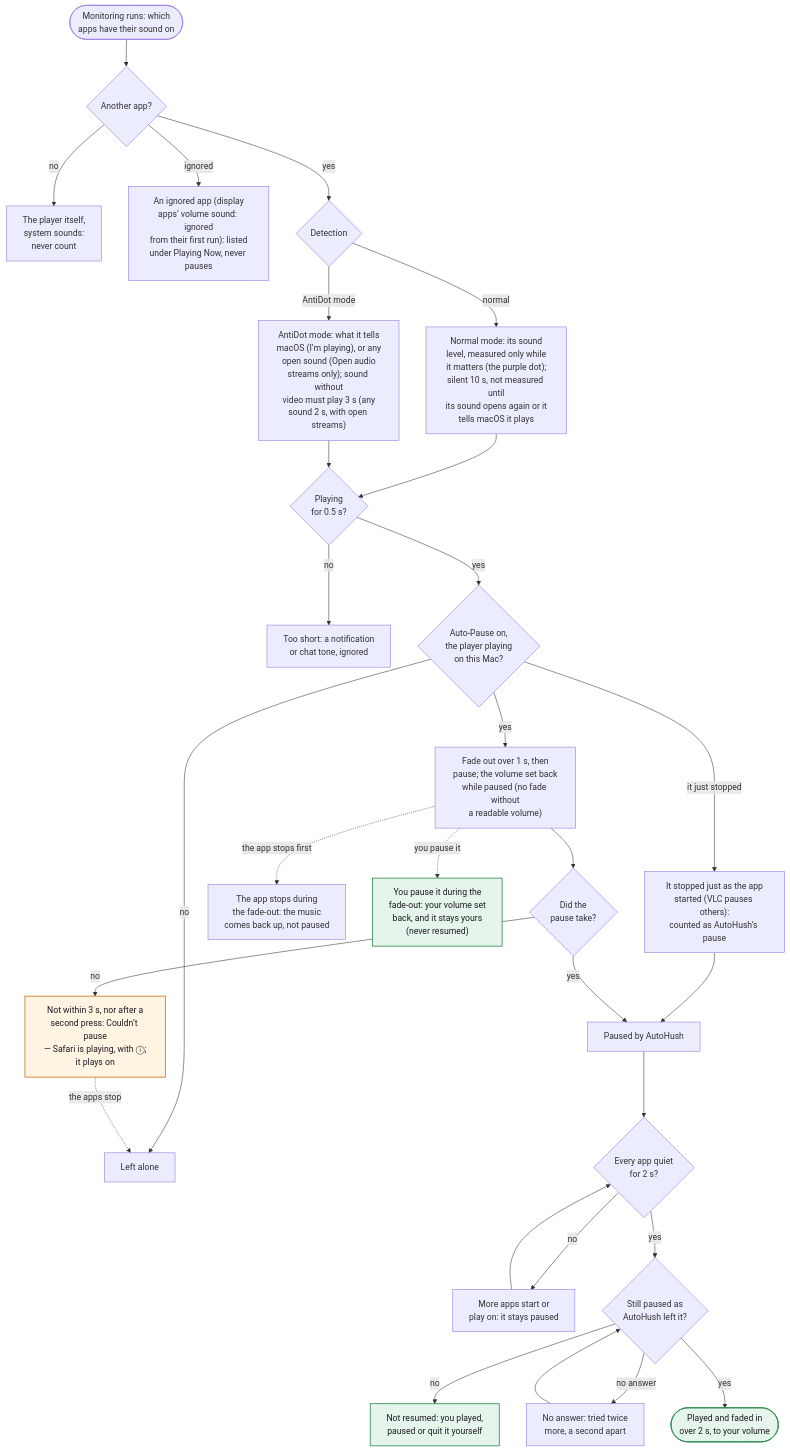
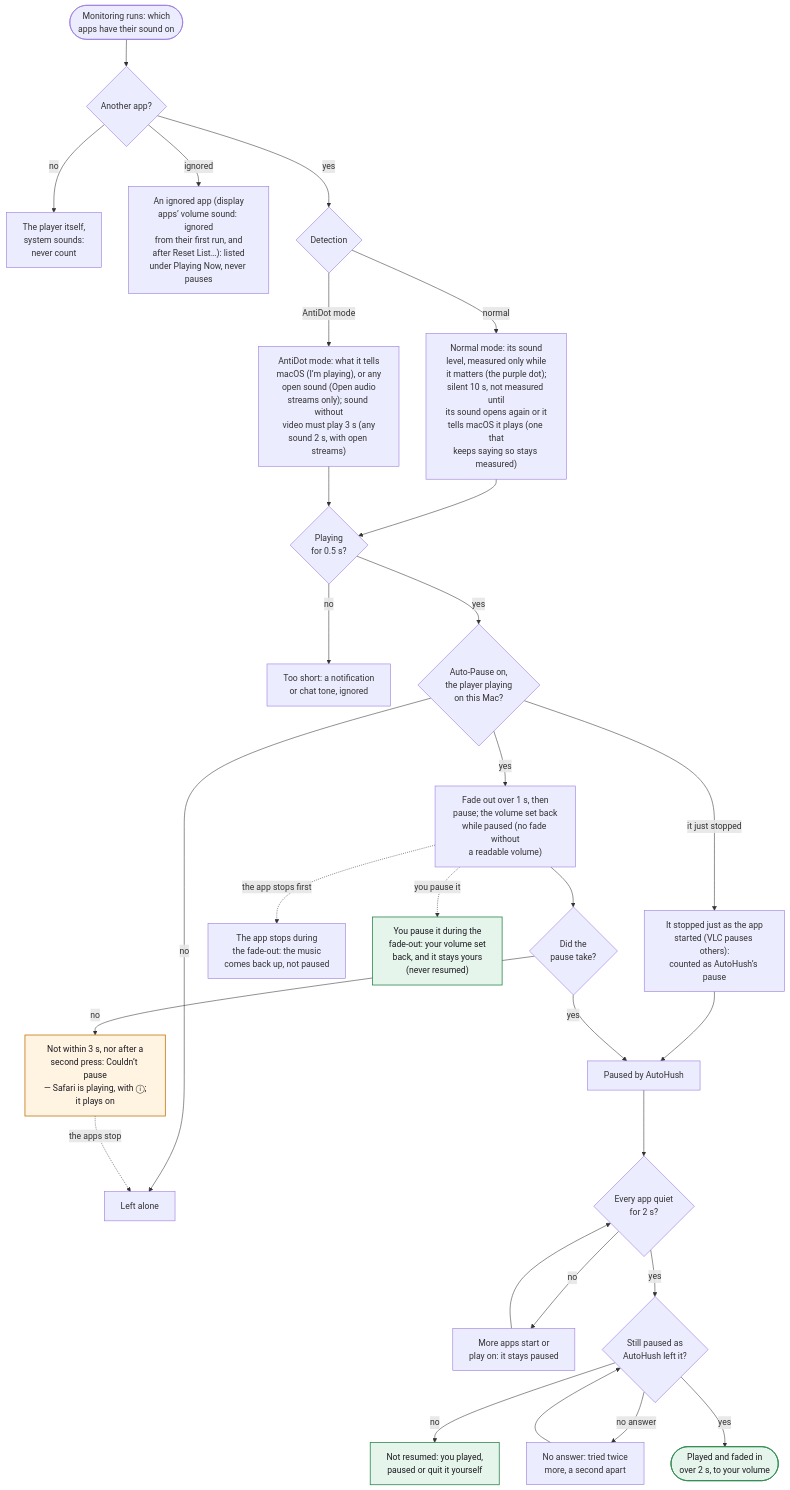
One commit to hfustercabre/AutoHush changed the third of 14 diagrams in WORKFLOWS.md. Above: the diagram before and after it, drawn with Mermaid. The commit also changed other lines of this file and 157 other files, not shown here.

````diff
--- a/WORKFLOWS.md
+++ b/WORKFLOWS.md
@@ -136,56 +136,56 @@
 ```mermaid
 flowchart TD
   S(["Monitoring runs: which<br/>apps have their sound on"])
   F{"Another app?"}
   OWN["The player itself,<br/>system sounds:<br/>never count"]
-  IGN["An ignored app (display<br/>apps’ volume sound: ignored<br/>from their first run): listed<br/>under Playing Now, never pauses"]
+  IGN["An ignored app (display<br/>apps’ volume sound: ignored<br/>from their first run, and<br/>after Reset List…): listed<br/>under Playing Now, never pauses"]
   DM{"Detection"}
-  NORM["Normal mode: its sound<br/>level, measured only while<br/>it matters (the purple dot);<br/>silent 10 s, not measured until<br/>its sound opens again or it<br/>tells macOS it plays"]
+  NORM["Normal mode: its sound<br/>level, measured only while<br/>it matters (the purple dot);<br/>silent 10 s, not measured until<br/>its sound opens again or it<br/>tells macOS it plays (one that<br/>keeps saying so stays measured)"]
   ANTI["AntiDot mode: what it tells<br/>macOS (I’m playing), or any<br/>open sound (Open audio<br/>streams only); sound without<br/>video must play 3 s (any<br/>sound 2 s, with open streams)"]
   T{"Playing<br/>for 0.5 s?"}
   TONE["Too short: a notification<br/>or chat tone, ignored"]
   AP{"Auto-Pause on,<br/>the player playing<br/>on this Mac?"}
   LEFT["Left alone"]
   TOOK["It stopped just as the app<br/>started (VLC pauses others):<br/>counted as AutoHush’s pause"]
   FO["Fade out over 1 s, then<br/>pause; the volume set back<br/>while paused (no fade without<br/>a readable volume)"]
   BACK["The app stops during<br/>the fade-out: the music<br/>comes back up, not paused"]
   YOURS["You pause it during the<br/>fade-out: your volume set<br/>back, and it stays yours<br/>(never resumed)"]
   PC{"Did the<br/>pause take?"}
   FAIL["Not within 3 s, nor after a<br/>second press: Couldn’t pause<br/>— Safari is playing, with ⓘ;<br/>it plays on"]
   PA["Paused by AutoHush"]
   Q{"Every app quiet<br/>for 2 s?"}
   MORE["More apps start or<br/>play on: it stays paused"]
   CHK{"Still paused as<br/>AutoHush left it?"}
   USER["Not resumed: you played,<br/>paused or quit it yourself"]
   RETRY["No answer: tried twice<br/>more, a second apart"]
   FI(["Played and faded in<br/>over 2 s, to your volume"])
 
   S --> F
   F -->|"no"| OWN
   F -->|"ignored"| IGN
   F -->|"yes"| DM
   DM -->|"normal"| NORM --> T
   DM -->|"AntiDot mode"| ANTI --> T
   T -->|"no"| TONE
   T -->|"yes"| AP
   AP -->|"no"| LEFT
   AP -->|"it just stopped"| TOOK --> PA
   AP -->|"yes"| FO
   FO -.->|"the app stops first"| BACK
   FO -.->|"you pause it"| YOURS
   FO --> PC
   PC -->|"no"| FAIL
   PC -->|"yes"| PA
   FAIL -.->|"the apps stop"| LEFT
   PA --> Q
   Q -->|"no"| MORE --> Q
   Q -->|"yes"| CHK
   CHK -->|"no"| USER
   CHK -->|"no answer"| RETRY --> CHK
   CHK -->|"yes"| FI
 
   class FAIL warn
   class FI,USER,YOURS done
   classDef warn fill:#fff3e2,stroke:#c47812,stroke-width:1.5px,color:#1d1b22
   classDef done fill:#e6f5eb,stroke:#2f8a50,stroke-width:1.5px,color:#1d1b22
 ```
````
